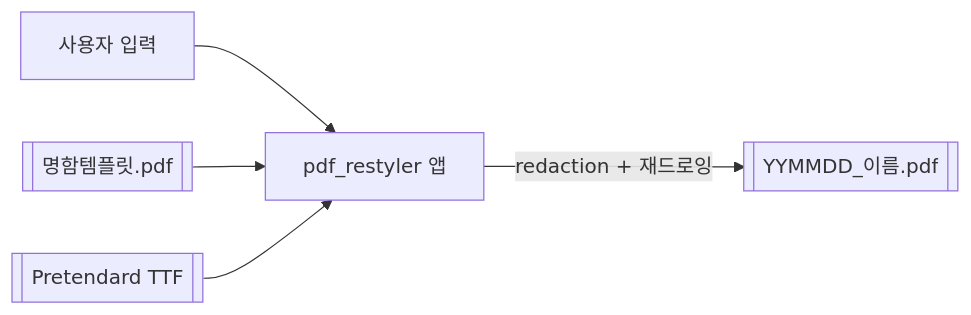
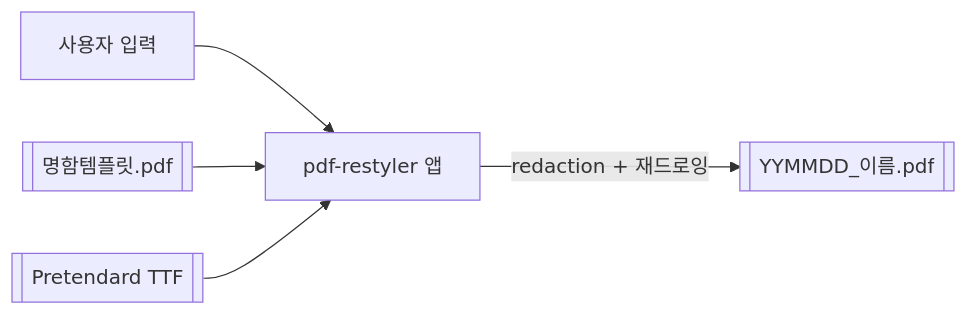
One commit to muhwa91/pdf-restyler changed the diagram in README.md. Above: the diagram before and after it, drawn with Mermaid. The commit also changed other lines of this file and 1 other file, not shown here.

Commit message:
chore: 프로젝트·레포명 구분자 _ → - 반영
호스트명에 `_` 를 쓸 수 없어 폴더·레포 이름과 배포 도메인이 갈리던 문제로
전 프로젝트 명명 규칙을 하이픈으로 통일했다. 문서·설정의 이름 참조를 맞춘다.

````diff
--- a/README.md
+++ b/README.md
@@ -66,7 +66,7 @@
 ```mermaid
 graph LR
-  user[사용자 입력] --> app[pdf_restyler 앱]
+  user[사용자 입력] --> app[pdf-restyler 앱]
   tpl[[명함템플릿.pdf]] --> app
   font[[Pretendard TTF]] --> app
   app -->|redaction + 재드로잉| out[[YYMMDD_이름.pdf]]
 ```
````
